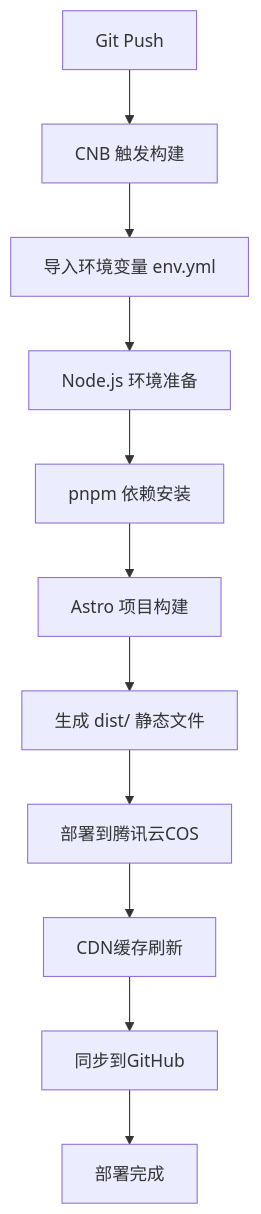
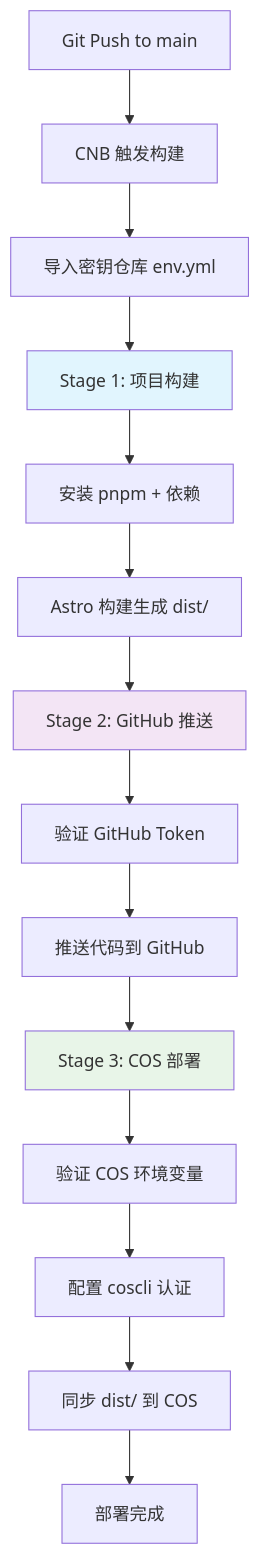
One commit to l-souljourney/souljourney-astro changed the diagram in CNB_CONFIG.md. Above: the diagram before and after it, drawn with Mermaid. The commit also changed other lines of this file and 1 other file, not shown here.

Commit message:
🚀 优化CNB配置：精简代码37%，修复环境变量，优化三阶段部署流程
✨ 主要优化：
- 移除所有调试代码和重复逻辑，从267行精简到168行
- 确认环境变量导入功能正常工作
- 优化构建流程：构建 → GitHub推送 → COS部署
- 使用专用镜像：alpine/git + tencentcom/coscli
- 增强错误处理和验证机制
- 更新文档和部署架构图

````diff
--- a/CNB_CONFIG.md
+++ b/CNB_CONFIG.md
@@ -110,13 +137,20 @@
 ```mermaid
 graph TD
-    A[Git Push] --> B[CNB 触发构建]
-    B --> C[导入环境变量 env.yml]
-    C --> D[Node.js 环境准备]
-    D --> E[pnpm 依赖安装]
-    E --> F[Astro 项目构建]
-    F --> G[生成 dist/ 静态文件]
-    G --> H[部署到腾讯云COS]
-    H --> I[CDN缓存刷新]
-    I --> J[同步到GitHub]
-    J --> K[部署完成]
+    A[Git Push to main] --> B[CNB 触发构建]
+    B --> C[导入密钥仓库 env.yml]
+    C --> D[Stage 1: 项目构建]
+    D --> E[安装 pnpm + 依赖]
+    E --> F[Astro 构建生成 dist/]
+    F --> G[Stage 2: GitHub 推送]
+    G --> H[验证 GitHub Token]
+    H --> I[推送代码到 GitHub]
+    I --> J[Stage 3: COS 部署]
+    J --> K[验证 COS 环境变量]
+    K --> L[配置 coscli 认证]
+    L --> M[同步 dist/ 到 COS]
+    M --> N[部署完成]
+    
+    style D fill:#e1f5fe
+    style G fill:#f3e5f5
+    style J fill:#e8f5e8
 ```
````
